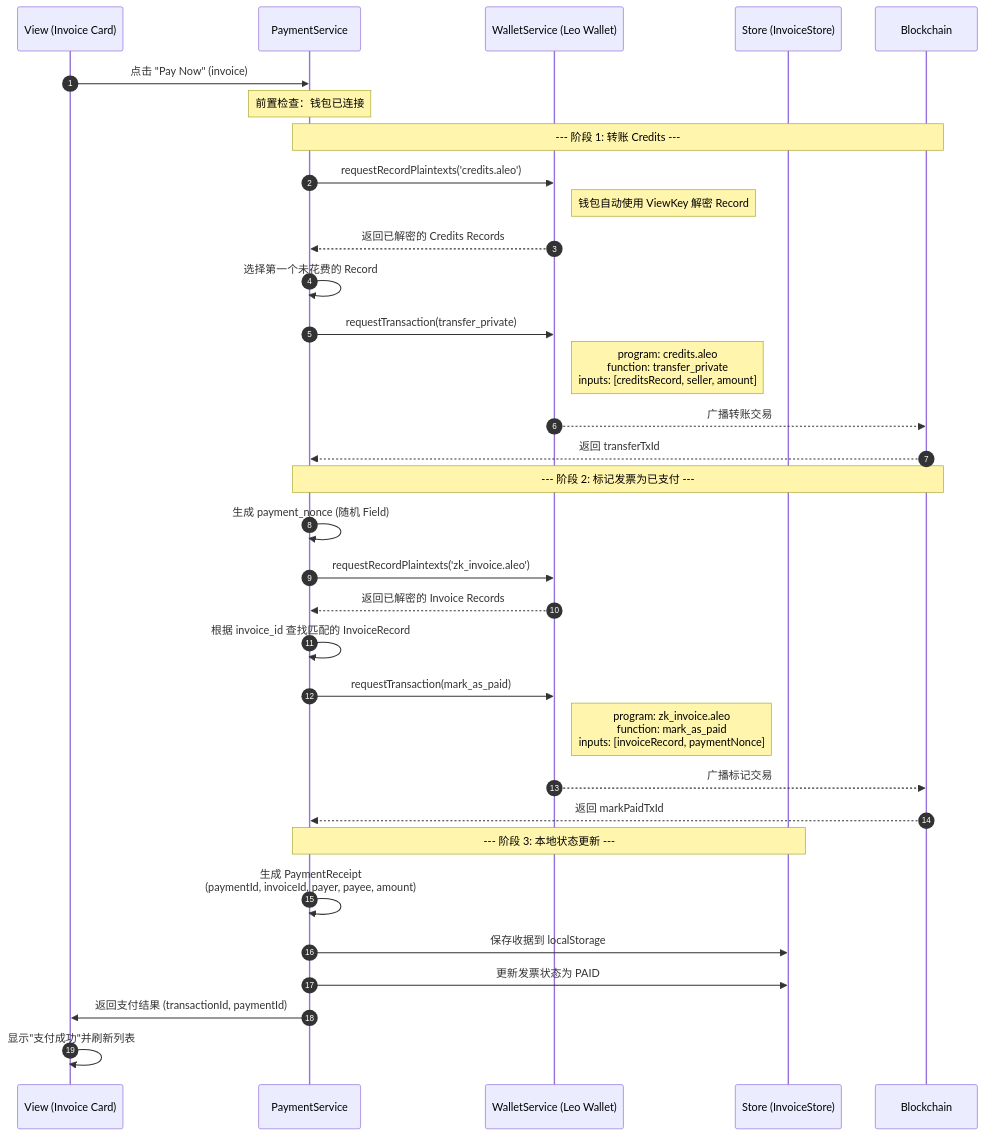
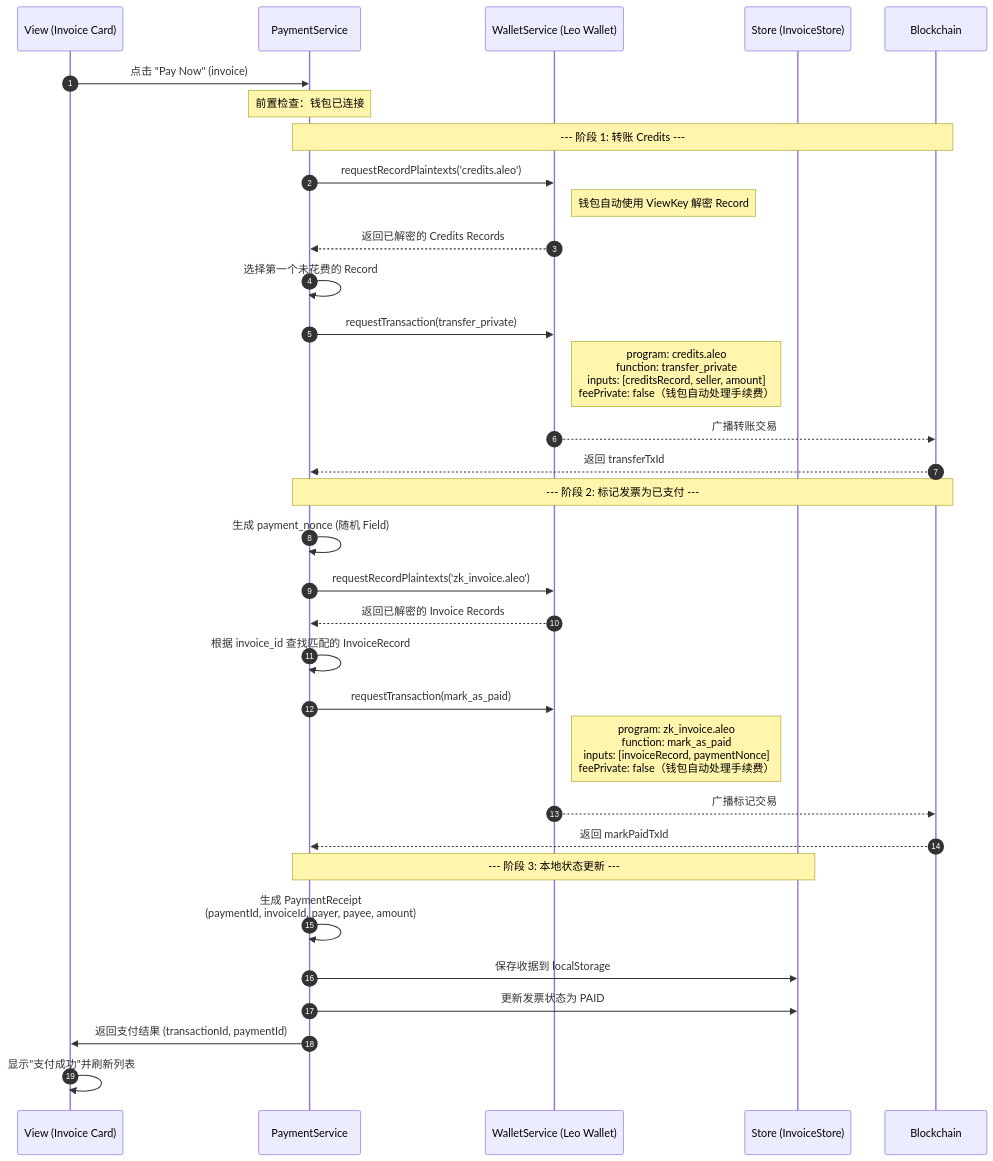
Before and after one commit to WHXisWH/alpaca-invoice: the fifth of 9 diagrams in docs/ARCHITECTURE_NEW.md, drawn with Mermaid. The commit also changed other lines of this file, not shown here.

Commit message:
docs: update the sequence diagram for create invoice

````diff
--- a/docs/ARCHITECTURE_NEW.md
+++ b/docs/ARCHITECTURE_NEW.md
@@ -387,42 +397,42 @@
 ```mermaid
 sequenceDiagram
     autonumber
     participant V as View (Invoice Card)
     participant PS as PaymentService
     participant WS as WalletService (Leo Wallet)
     participant S as Store (InvoiceStore)
     participant BC as Blockchain
     
     V->>PS: 点击 "Pay Now" (invoice)
     Note over PS: 前置检查：钱包已连接
     
     Note over PS,BC: --- 阶段 1: 转账 Credits ---
     PS->>WS: requestRecordPlaintexts('credits.aleo')
     Note right of WS: 钱包自动使用 ViewKey 解密 Record
     WS-->>PS: 返回已解密的 Credits Records
     
     PS->>PS: 选择第一个未花费的 Record
     PS->>WS: requestTransaction(transfer_private)
-    Note right of WS: program: credits.aleo<br/>function: transfer_private<br/>inputs: [creditsRecord, seller, amount]
+    Note right of WS: program: credits.aleo<br/>function: transfer_private<br/>inputs: [creditsRecord, seller, amount]<br/>feePrivate: false（钱包自动处理手续费）
     WS-->>BC: 广播转账交易
     BC-->>PS: 返回 transferTxId
     
     Note over PS,BC: --- 阶段 2: 标记发票为已支付 ---
     PS->>PS: 生成 payment_nonce (随机 Field)
     PS->>WS: requestRecordPlaintexts('zk_invoice.aleo')
     WS-->>PS: 返回已解密的 Invoice Records
     
     PS->>PS: 根据 invoice_id 查找匹配的 InvoiceRecord
     PS->>WS: requestTransaction(mark_as_paid)
-    Note right of WS: program: zk_invoice.aleo<br/>function: mark_as_paid<br/>inputs: [invoiceRecord, paymentNonce]
+    Note right of WS: program: zk_invoice.aleo<br/>function: mark_as_paid<br/>inputs: [invoiceRecord, paymentNonce]<br/>feePrivate: false（钱包自动处理手续费）
     WS-->>BC: 广播标记交易
     BC-->>PS: 返回 markPaidTxId
     
     Note over PS,S: --- 阶段 3: 本地状态更新 ---
     PS->>PS: 生成 PaymentReceipt<br/>(paymentId, invoiceId, payer, payee, amount)
     PS->>S: 保存收据到 localStorage
     PS->>S: 更新发票状态为 PAID
     
     PS->>V: 返回支付结果 (transactionId, paymentId)
     V->>V: 显示"支付成功"并刷新列表
 ```
````
